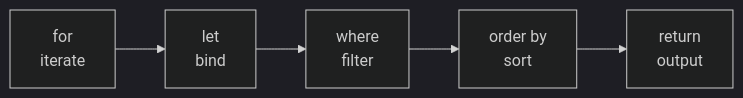
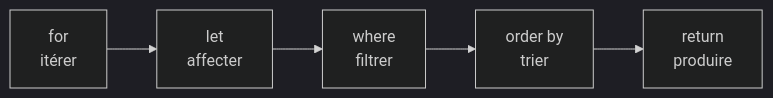
Diagram 13 of 14 in SOA/XML_Technologies_Study_Guide.md (ghaithsoltani/my-courses), drawn with Mermaid (dark theme) before and after one commit. The commit also changed other lines of this file and 9 other files, not shown here.

````diff
--- a/SOA/XML_Technologies_Study_Guide.md
+++ b/SOA/XML_Technologies_Study_Guide.md
@@ -1041,4 +1041,4 @@
 ```mermaid
 flowchart LR
-    F["for<br/>iterate"] --> L["let<br/>bind"] --> W["where<br/>filter"] --> O["order by<br/>sort"] --> R["return<br/>output"]
+    F["for<br/>itérer"] --> L["let<br/>affecter"] --> W["where<br/>filtrer"] --> O["order by<br/>trier"] --> R["return<br/>produire"]
 ```
````
